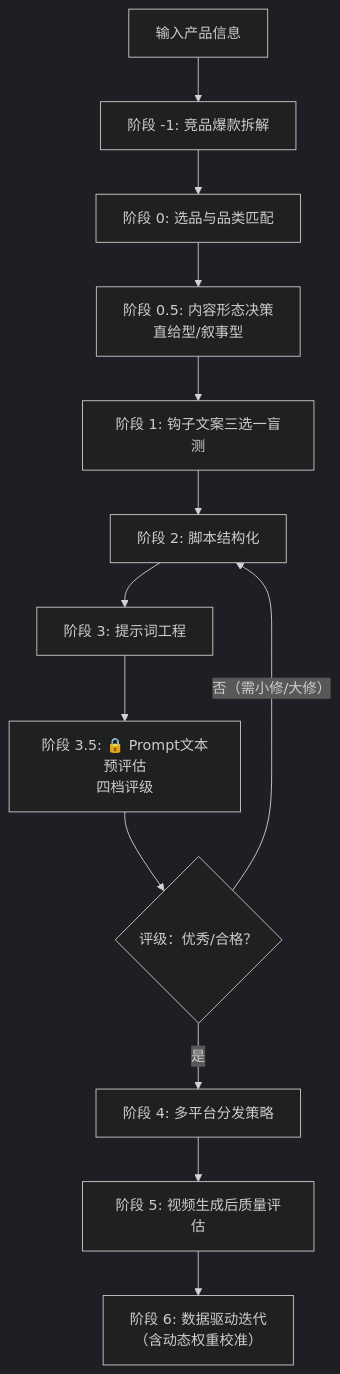
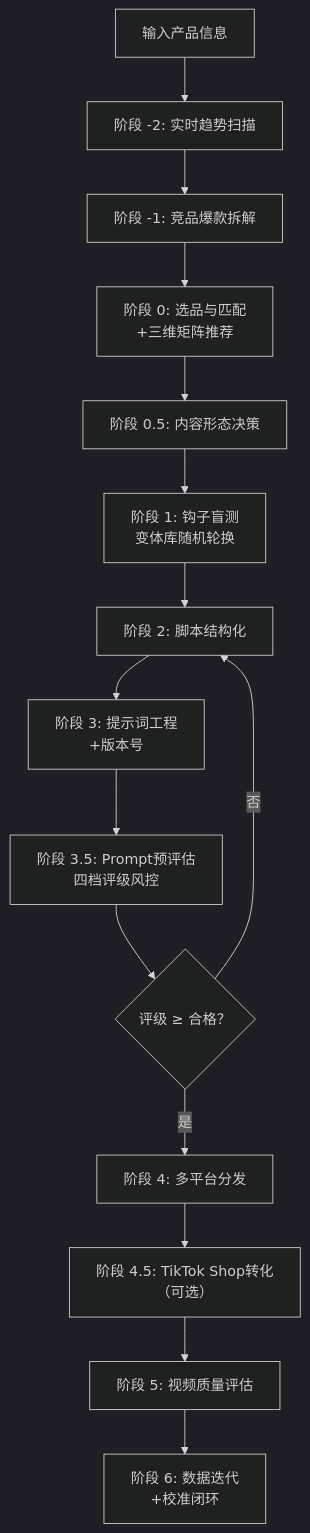
Before and after one commit to qq547820639/tiktok-ad-video-skill: the diagram in README.md, drawn with Mermaid (dark theme). The commit also changed other lines of this file, not shown here.

````diff
--- a/README.md
+++ b/README.md
@@ -164,15 +68,17 @@
 ```mermaid
 graph TD
-    A[输入产品信息] --> B[阶段 -1: 竞品爆款拆解]
-    B --> C[阶段 0: 选品与品类匹配]
-    C --> D[阶段 0.5: 内容形态决策<br/>直给型/叙事型]
-    D --> E[阶段 1: 钩子文案三选一盲测]
-    E --> F[阶段 2: 脚本结构化]
-    F --> G[阶段 3: 提示词工程]
-    G --> H[阶段 3.5: 🔒 Prompt文本预评估<br/>四档评级]
-    H --> I{评级：优秀/合格？}
-    I -->|是| J[阶段 4: 多平台分发策略]
-    I -->|否（需小修/大修）| F
-    J --> K[阶段 5: 视频生成后质量评估]
-    K --> L[阶段 6: 数据驱动迭代<br/>（含动态权重校准）]
+    A[输入产品信息] --> B[阶段 -2: 实时趋势扫描]
+    B --> C[阶段 -1: 竞品爆款拆解]
+    C --> D[阶段 0: 选品与匹配<br/>+三维矩阵推荐]
+    D --> E[阶段 0.5: 内容形态决策]
+    E --> F[阶段 1: 钩子盲测<br/>变体库随机轮换]
+    F --> G[阶段 2: 脚本结构化]
+    G --> H[阶段 3: 提示词工程<br/>+版本号]
+    H --> I[阶段 3.5: Prompt预评估<br/>四档评级风控]
+    I --> J{评级 ≥ 合格？}
+    J -->|是| K[阶段 4: 多平台分发]
+    J -->|否| G
+    K --> L[阶段 4.5: TikTok Shop转化<br/>（可选）]
+    L --> M[阶段 5: 视频质量评估]
+    M --> N[阶段 6: 数据迭代<br/>+校准闭环]
 ```
````
